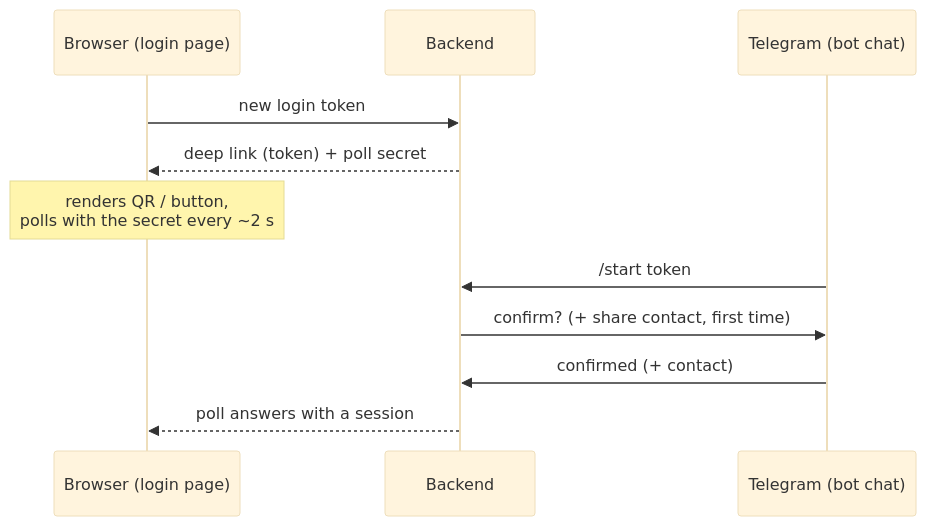
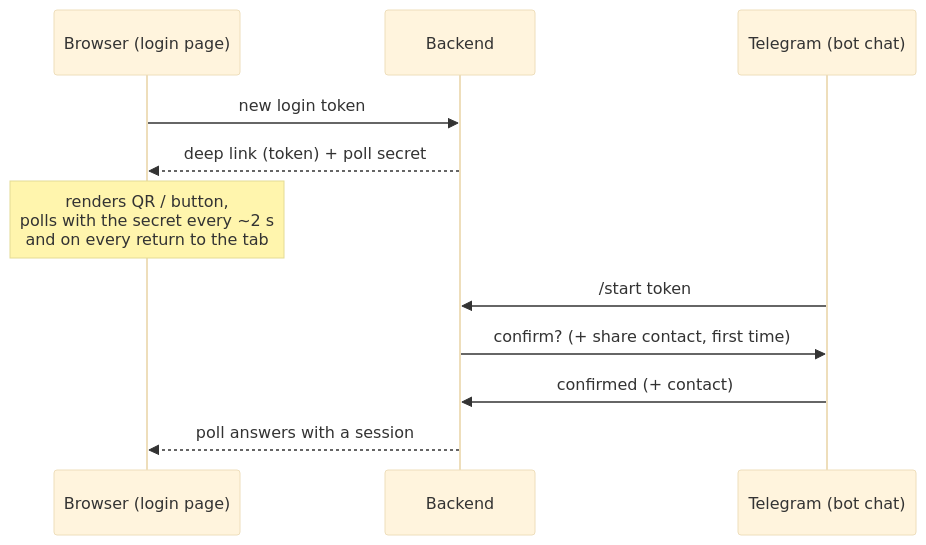
Before and after one commit to qadam-uz/mebel-pro: the diagram in docs/ref/features/access-management.md, drawn with Mermaid (base theme). The commit also changed other lines of this file, not shown here.

````diff
--- a/docs/ref/features/access-management.md
+++ b/docs/ref/features/access-management.md
@@ -117,13 +117,13 @@
 ```mermaid
 sequenceDiagram
     participant B as Browser (login page)
     participant S as Backend
     participant T as Telegram (bot chat)
     B->>S: new login token
     S-->>B: deep link (token) + poll secret
-    Note over B: renders QR / button,<br/>polls with the secret every ~2 s
+    Note over B: renders QR / button,<br/>polls with the secret every ~2 s<br/>and on every return to the tab
     T->>S: /start token
     S->>T: confirm? (+ share contact, first time)
     T->>S: confirmed (+ contact)
     S-->>B: poll answers with a session
 ```
````
